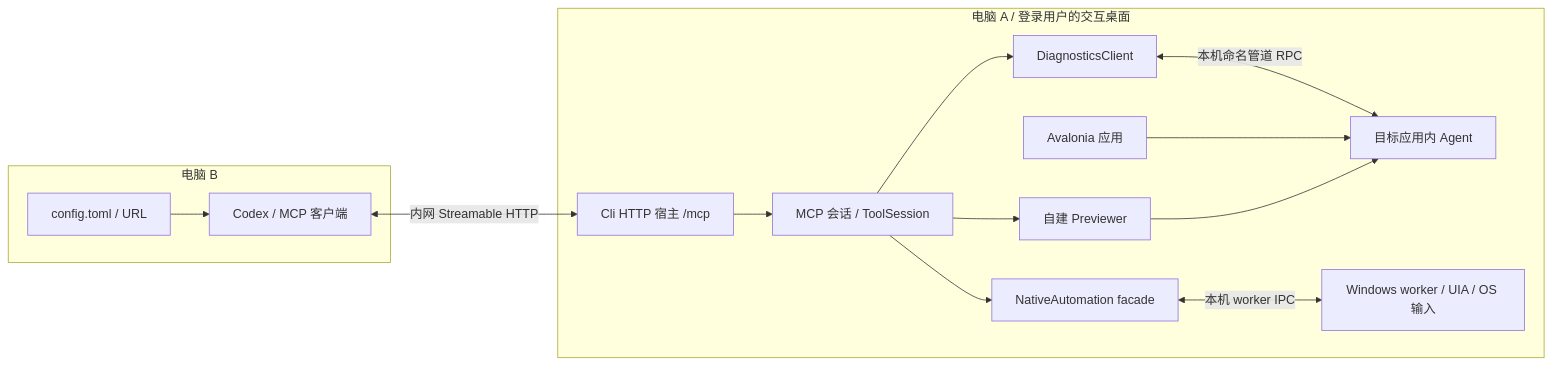
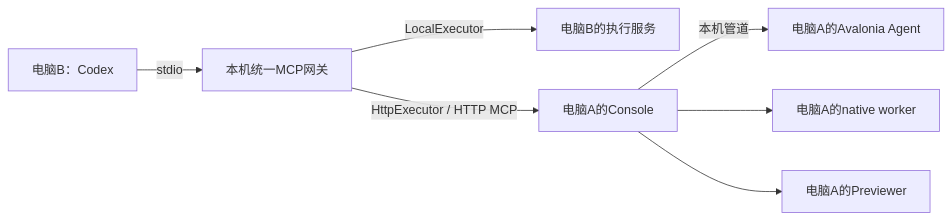
The diagram in docs/architecture/lan-mcp-design.md (doomclouds/AvaloniaDevTool), drawn with Mermaid before and after one commit. The commit also changed other lines of this file and 471 other files, not shown here.

````diff
--- a/docs/architecture/lan-mcp-design.md
+++ b/docs/architecture/lan-mcp-design.md
@@ -12,27 +5,9 @@
 ```mermaid
 flowchart LR
-    subgraph B[电脑 B]
-        Codex[Codex / MCP 客户端]
-        Config[config.toml / URL]
-        Config --> Codex
-    end
-    subgraph A[电脑 A / 登录用户的交互桌面]
-        Http[Cli HTTP 宿主 /mcp]
-        Session[MCP 会话 / ToolSession]
-        Client[DiagnosticsClient]
-        Agent[目标应用内 Agent]
-        App[Avalonia 应用]
-        Native[NativeAutomation facade]
-        Worker[Windows worker / UIA / OS 输入]
-        Preview[自建 Previewer]
-        Http --> Session
-        Session --> Client
-        Client <-->|本机命名管道 RPC| Agent
-        App --> Agent
-        Session --> Native
-        Native <-->|本机 worker IPC| Worker
-        Session --> Preview
-        Preview --> Agent
-    end
-    Codex <-->|内网 Streamable HTTP| Http
+    B[电脑B：Codex] -->|stdio| G[本机统一MCP网关]
+    G -->|LocalExecutor| L[电脑B的执行服务]
+    G -->|HttpExecutor / HTTP MCP| C[电脑A的Console]
+    C -->|本机管道| A[电脑A的Avalonia Agent]
+    C --> W[电脑A的native worker]
+    C --> P[电脑A的Previewer]
 ```
````
